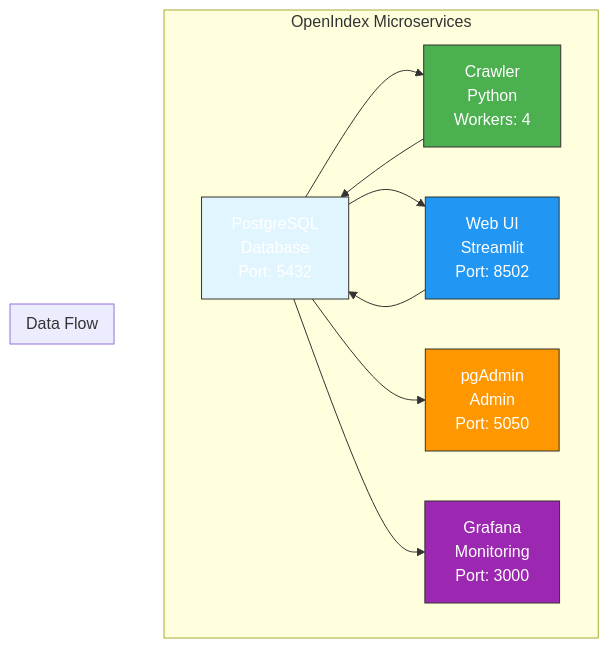
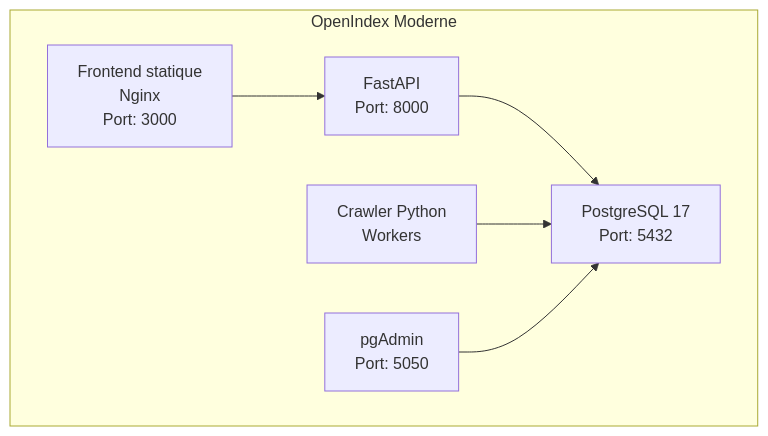
One commit to lamacheref/openindex changed the diagram in README.stack.md. Above: the diagram before and after it, drawn with Mermaid. The commit also changed other lines of this file and 3 other files, not shown here.

````diff
--- a/README.stack.md
+++ b/README.stack.md
@@ -5,31 +19,15 @@
 ```mermaid
 graph TB
-    subgraph "OpenIndex Microservices"
-        A[PostgreSQL<br/>Database<br/>Port: 5432]
-        B[Crawler<br/>Python<br/>Workers: 4]
-        C[Web UI<br/>Streamlit<br/>Port: 8502]
-        D[pgAdmin<br/>Admin<br/>Port: 5050]
-        E[Grafana<br/>Monitoring<br/>Port: 3000]
+    subgraph "OpenIndex Moderne"
+        API[FastAPI<br/>Port: 8000]
+        FE[Frontend statique<br/>Nginx<br/>Port: 3000]
+        DB[PostgreSQL 17<br/>Port: 5432]
+        CR[Crawler Python<br/>Workers]
+        PG[pgAdmin<br/>Port: 5050]
     end
-    
-    subgraph "Data Flow"
-        A --> B
-        B --> A
-        A --> C
-        C --> A
-        A --> D
-        A --> E
-    end
-    
-    classDef db fill:#e1f5fe,stroke:#333,color:#fff
-    classDef crawler fill:#4caf50,stroke:#333,color:#fff
-    classDef web fill:#2196f3,stroke:#333,color:#fff
-    classDef admin fill:#ff9800,stroke:#333,color:#fff
-    classDef monitoring fill:#9c27b0,stroke:#333,color:#fff
-    
-    class A db
-    class B crawler
-    class C web
-    class D admin
-    class E monitoring
+
+    FE --> API
+    API --> DB
+    CR --> DB
+    PG --> DB
 ```
````
